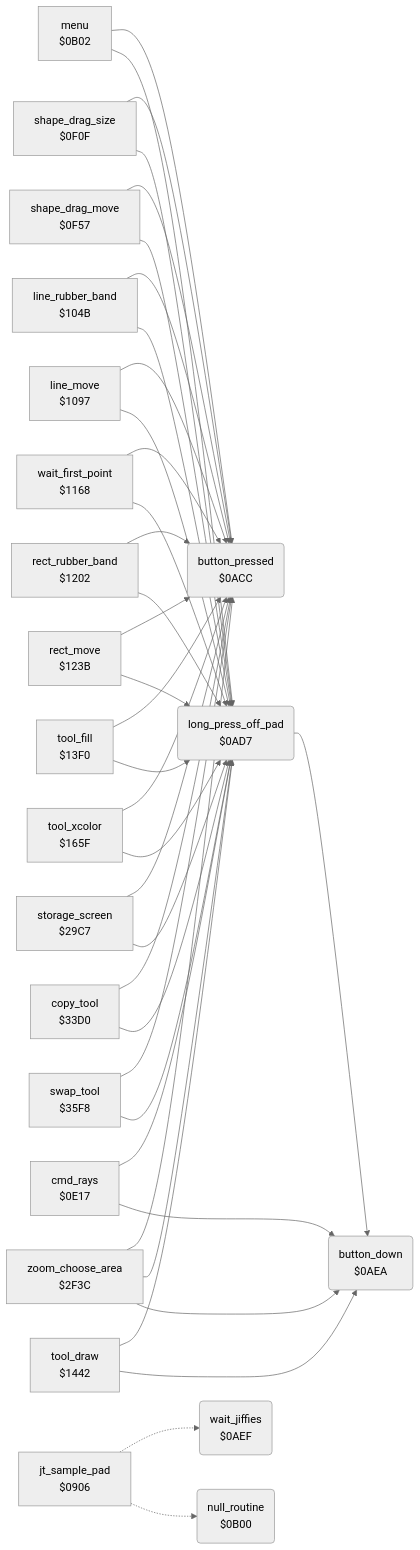
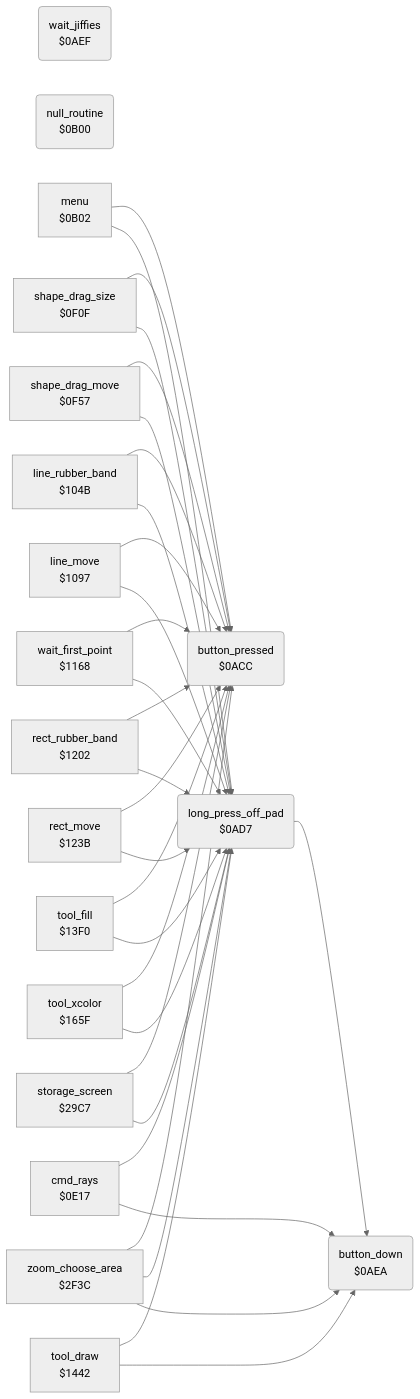
One commit to henols/c64_games changed the diagram in koala_painter/v1/docs/reference/modules/input/buttons.md. Above: the diagram before and after it, drawn with Mermaid (neutral theme). The commit also changed other lines of this file and 1100 other files, not shown here.

````diff
--- a/koala_painter/v1/docs/reference/modules/input/buttons.md
+++ b/koala_painter/v1/docs/reference/modules/input/buttons.md
@@ -10,61 +22,52 @@
 ```mermaid
 flowchart LR
-  n0906["jt_sample_pad<br/>$0906"]
   n0acc("button_pressed<br/>$0ACC")
   n0ad7("long_press_off_pad<br/>$0AD7")
   n0aea("button_down<br/>$0AEA")
   n0aef("wait_jiffies<br/>$0AEF")
   n0b00("null_routine<br/>$0B00")
   n0b02["menu<br/>$0B02"]
   n0e17["cmd_rays<br/>$0E17"]
   n0f0f["shape_drag_size<br/>$0F0F"]
   n0f57["shape_drag_move<br/>$0F57"]
   n104b["line_rubber_band<br/>$104B"]
   n1097["line_move<br/>$1097"]
   n1168["wait_first_point<br/>$1168"]
   n1202["rect_rubber_band<br/>$1202"]
   n123b["rect_move<br/>$123B"]
   n13f0["tool_fill<br/>$13F0"]
   n1442["tool_draw<br/>$1442"]
   n165f["tool_xcolor<br/>$165F"]
   n29c7["storage_screen<br/>$29C7"]
   n2f3c["zoom_choose_area<br/>$2F3C"]
-  n33d0["copy_tool<br/>$33D0"]
-  n35f8["swap_tool<br/>$35F8"]
-  n0906 -.-> n0aef
-  n0906 -.-> n0b00
   n0ad7 --> n0aea
   n0b02 --> n0acc
   n0b02 --> n0ad7
   n0e17 --> n0ad7
   n0e17 --> n0aea
   n0f0f --> n0acc
   n0f0f --> n0ad7
   n0f57 --> n0acc
   n0f57 --> n0ad7
   n104b --> n0acc
   n104b --> n0ad7
   n1097 --> n0acc
   n1097 --> n0ad7
   n1168 --> n0acc
   n1168 --> n0ad7
   n1202 --> n0acc
   n1202 --> n0ad7
   n123b --> n0acc
   n123b --> n0ad7
   n13f0 --> n0acc
   n13f0 --> n0ad7
   n1442 --> n0ad7
   n1442 --> n0aea
   n165f --> n0acc
   n165f --> n0ad7
   n29c7 --> n0acc
   n29c7 --> n0ad7
   n2f3c --> n0acc
   n2f3c --> n0ad7
   n2f3c --> n0aea
-  n33d0 --> n0acc
-  n33d0 --> n0ad7
-  n35f8 --> n0acc
-  n35f8 --> n0ad7
 ```
````
